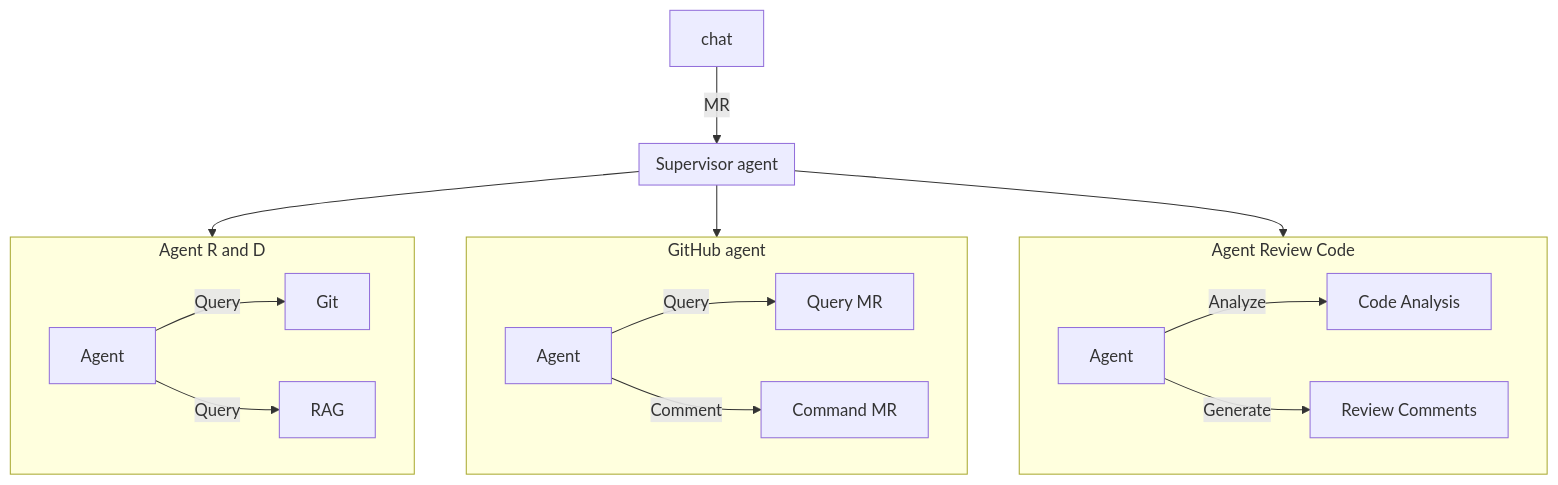
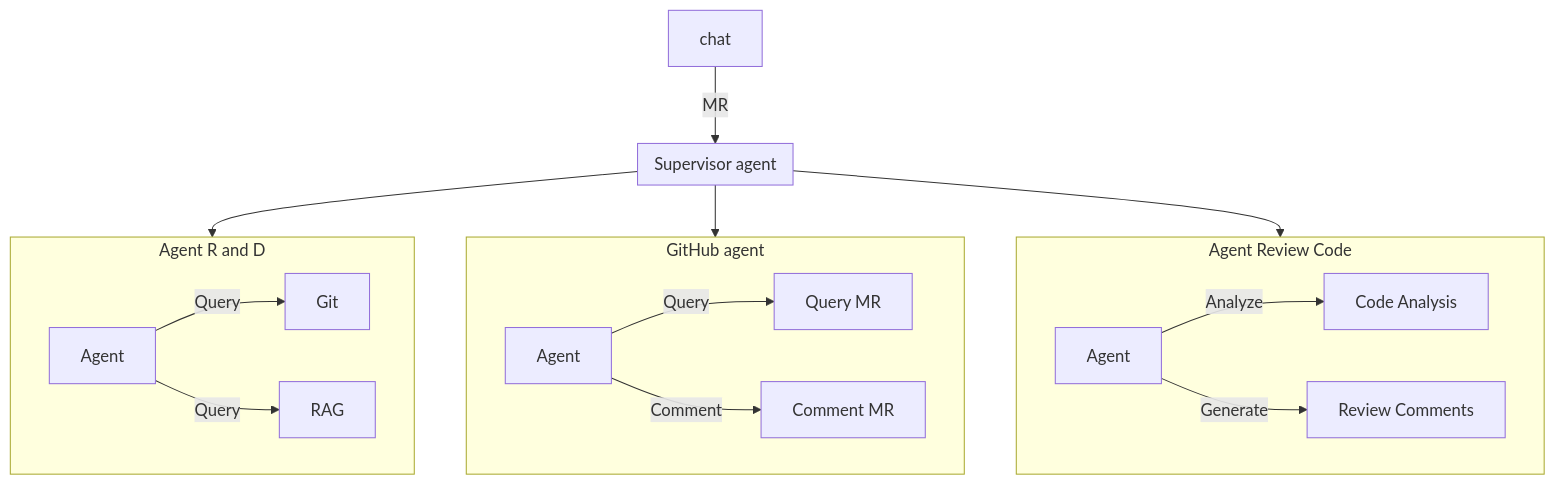
The first of 2 diagrams in flow/review_code_agent/readme.md (chinnawant/ai-assistant), drawn with Mermaid before and after one commit. The commit also changed other lines of this file, not shown here.

Commit message:
docs: enhance README with detailed introduction and workflow diagrams for Code Review Agent System

````diff
--- a/flow/review_code_agent/readme.md
+++ b/flow/review_code_agent/readme.md
@@ -3,33 +21,30 @@
 ```mermaid
 
 
 flowchart TD
     c1["chat"] -- MR --> sa1[Agent]
 
 
     subgraph sa1[Supervisor agent]
     end
 
     subgraph gh1[GitHub agent]
 			a1["Agent"] --Query--> ta1-l1["Query MR"]
-			a1 --"Comment"--> ta1-l2["Command MR"]
+			a1 --"Comment"--> ta1-l2["Comment MR"]
     end
     subgraph sa2[Agent R and D]
       a2["Agent"] --Query--> ta2-l1["Git"]
       a2 --Query--> ta2-l2["RAG"]
     end
 
     subgraph sa3[Agent Review Code]
       a3["Agent"] --Analyze--> ta3-l1["Code Analysis"]
       a3 --Generate--> ta3-l2["Review Comments"]
     end
 
 		sa1 --> sa2
 		sa1 --> gh1
 		sa1 --> sa3
 
 
-
-    
-
 ```
````
